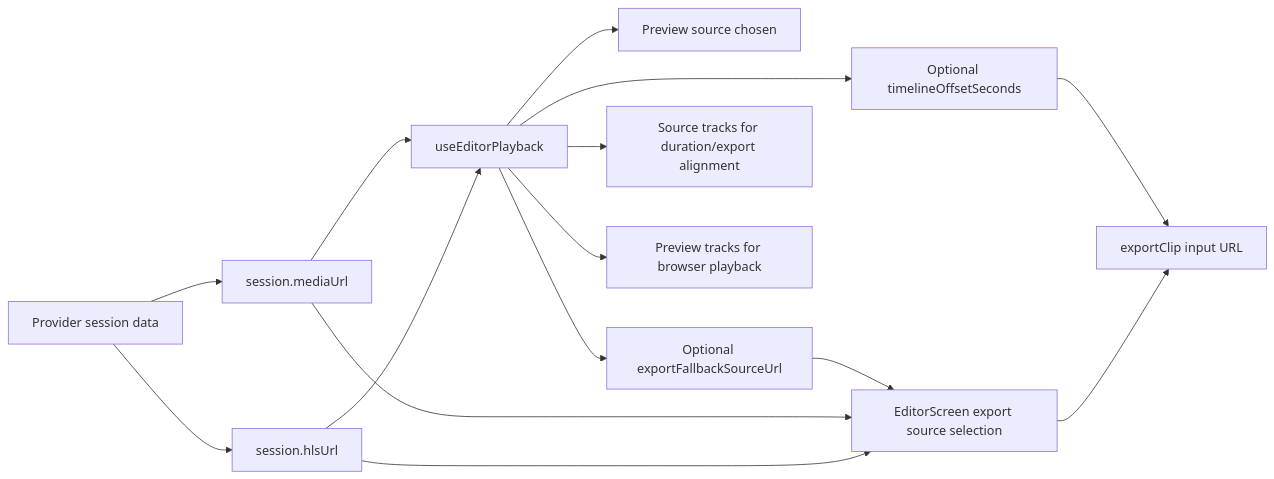
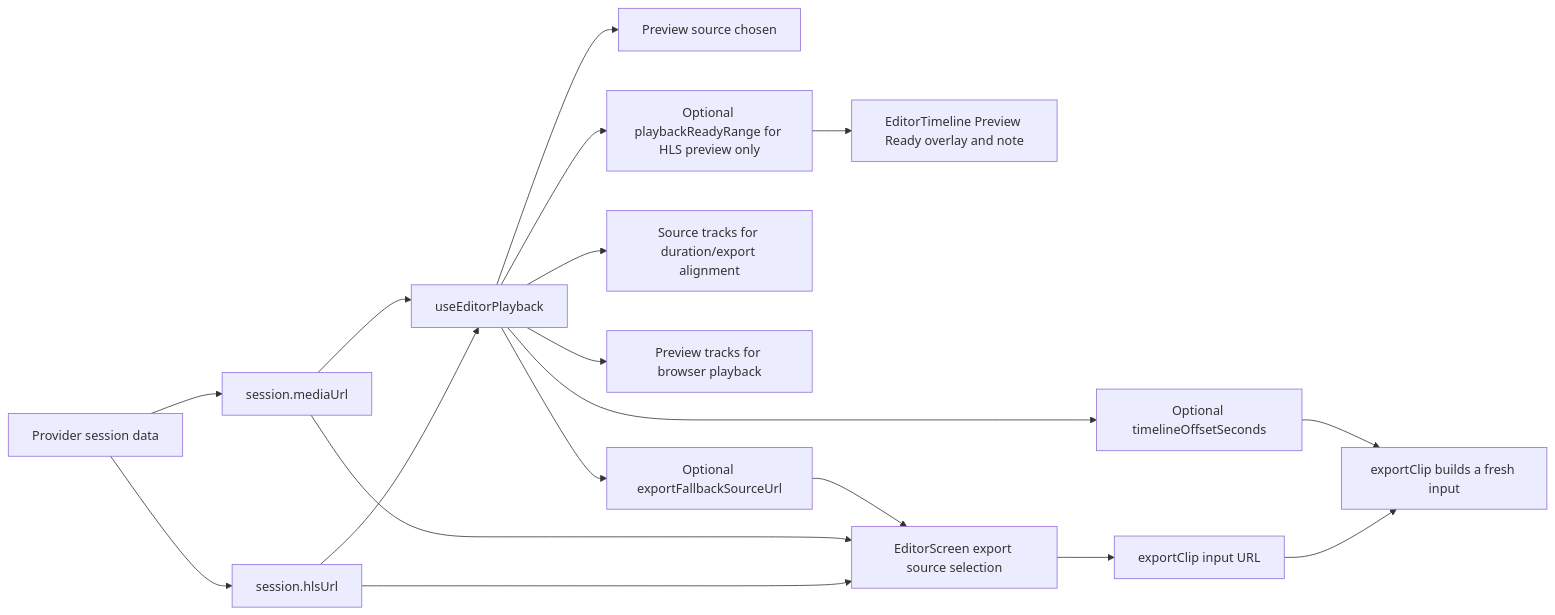
Before and after one commit to TechSquidTV/Cliparr: diagram 11 of 11 in DIAGRAMS.md, drawn with Mermaid. The commit also changed other lines of this file, not shown here.

Commit message:
docs: update HLS playback diagrams

````diff
--- a/DIAGRAMS.md
+++ b/DIAGRAMS.md
@@ -158,17 +213,20 @@
 ```mermaid
 flowchart LR
     A["Provider session data"] --> B["session.hlsUrl"]
     A --> C["session.mediaUrl"]
     B --> D["useEditorPlayback"]
     C --> D
     D --> E["Preview source chosen"]
     D --> F["Optional exportFallbackSourceUrl"]
     D --> I["Optional timelineOffsetSeconds"]
     D --> J["Source tracks for duration/export alignment"]
     D --> K["Preview tracks for browser playback"]
+    D --> L["Optional playbackReadyRange for HLS preview only"]
+    L --> M["EditorTimeline Preview Ready overlay and note"]
     B --> G["EditorScreen export source selection"]
     C --> G
     F --> G
     G --> H["exportClip input URL"]
-    I --> H
+    H --> N["exportClip builds a fresh input"]
+    I --> N
 ```
````
